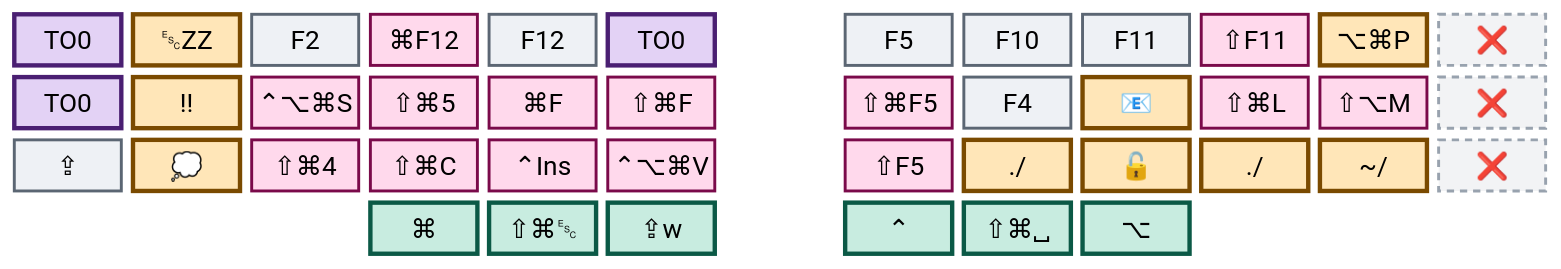
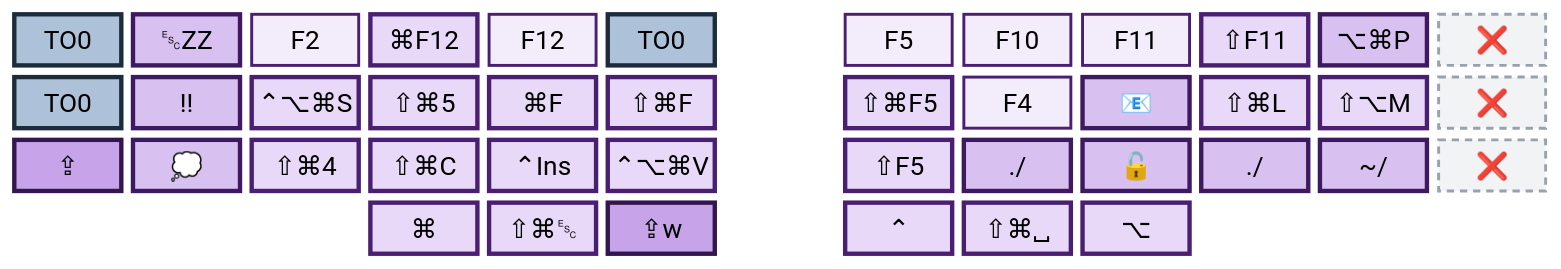
Before and after one commit to abloch/zmk-corne: the fifth of 6 diagrams in README.md, drawn with Mermaid. The commit also changed other lines of this file, not shown here.

````diff
--- a/README.md
+++ b/README.md
@@ -193,24 +182,24 @@
 ```mermaid
-%%{init: {'theme':'base','themeVariables':{'primaryColor':'#eef1f5','primaryTextColor':'#0b0f14','primaryBorderColor':'#5b6673','nodeTextColor':'#0b0f14','textColor':'#0b0f14','mainBkg':'#eef1f5','fontSize':'18px'}}}%%
+%%{init: {'theme':'base','themeVariables':{'primaryColor':'#f3ecfb','primaryTextColor':'#240c39','primaryBorderColor':'#4a1f72','nodeTextColor':'#240c39','textColor':'#240c39','mainBkg':'#f3ecfb','fontSize':'18px'}}}%%
 block
 columns 13
 
   to0["TO0"] vz["␛ZZ"] f2["F2"] gf["⌘F12"] lf12["F12"] t0b["TO0"] space f5["F5"] f10["F10"] f11["F11"] s11["⇧F11"] ap["⌥⌘P"] x1["❌"]
   t0c["TO0"] rr["!!"] rec["⌃⌥⌘S"] c5["⇧⌘5"] fnd["⌘F"] fna["⇧⌘F"] space sgf5["⇧⌘F5"] f4["F4"] mai["📧"] lck["⇧⌘L"] mut["⇧⌥M"] x2["❌"]
   cap["⇪"] thk["💭"] c4["⇧⌘4"] cpy["⇧⌘C"] ins["⌃Ins"] pst["⌃⌥⌘V"] space sf5["⇧F5"] ds["./"] uns["🔓"] ds2["./"] ts["~/"] x3["❌"]
   space:3 cmd["⌘"] ses["⇧⌘␛"] cw["⇪w"] space ctl["⌃"] ssp["⇧⌘␣"] alt["⌥"] space:3
 
-  classDef chord fill:#ffd9ec,stroke:#7a0a4a,stroke-width:2px,color:#3a0523
-  classDef macro fill:#ffe6b8,stroke:#7a4a00,stroke-width:3px,color:#3a2200
-  classDef layerk fill:#e3d2f5,stroke:#4a1f72,stroke-width:3px,color:#240c39
-  classDef core fill:#eef1f5,stroke:#5b6673,stroke-width:2px,color:#0b0f14
-  classDef thumb fill:#c8ece0,stroke:#0b5946,stroke-width:3px,color:#06241c
+  classDef plain fill:#f3ecfb,stroke:#4a1f72,stroke-width:2px,color:#240c39
+  classDef mod fill:#e7d9f7,stroke:#4a1f72,stroke-width:3px,color:#240c39
+  classDef seq fill:#d8c0f1,stroke:#3d1a5f,stroke-width:3px,color:#1c0a2c
+  classDef spec fill:#c7a4e9,stroke:#33154f,stroke-width:3px,color:#160823
+  classDef goL0 fill:#adc2d8,stroke:#1d2c3d,stroke-width:3px,color:#060c12
   classDef dead fill:#f2f3f5,stroke:#98a2ae,stroke-width:2px,stroke-dasharray:5 4,color:#5b6673
 
-  class f2,lf12,cap,f5,f10,f11,f4 core
-  class gf,rec,c5,fnd,fna,c4,cpy,ins,pst,s11,sgf5,lck,mut,sf5 chord
-  class vz,rr,thk,ap,mai,ds,uns,ds2,ts macro
-  class to0,t0b,t0c layerk
-  class cmd,ses,cw,ctl,ssp,alt thumb
+  class f2,lf12,f5,f10,f11,f4 plain
+  class gf,rec,c5,fnd,fna,c4,cpy,ins,pst,s11,sgf5,lck,mut,sf5,cmd,ses,ctl,ssp,alt mod
+  class vz,rr,thk,ap,mai,ds,uns,ds2,ts seq
+  class cap,cw spec
+  class to0,t0b,t0c goL0
   class x1,x2,x3 dead
 ```
````
